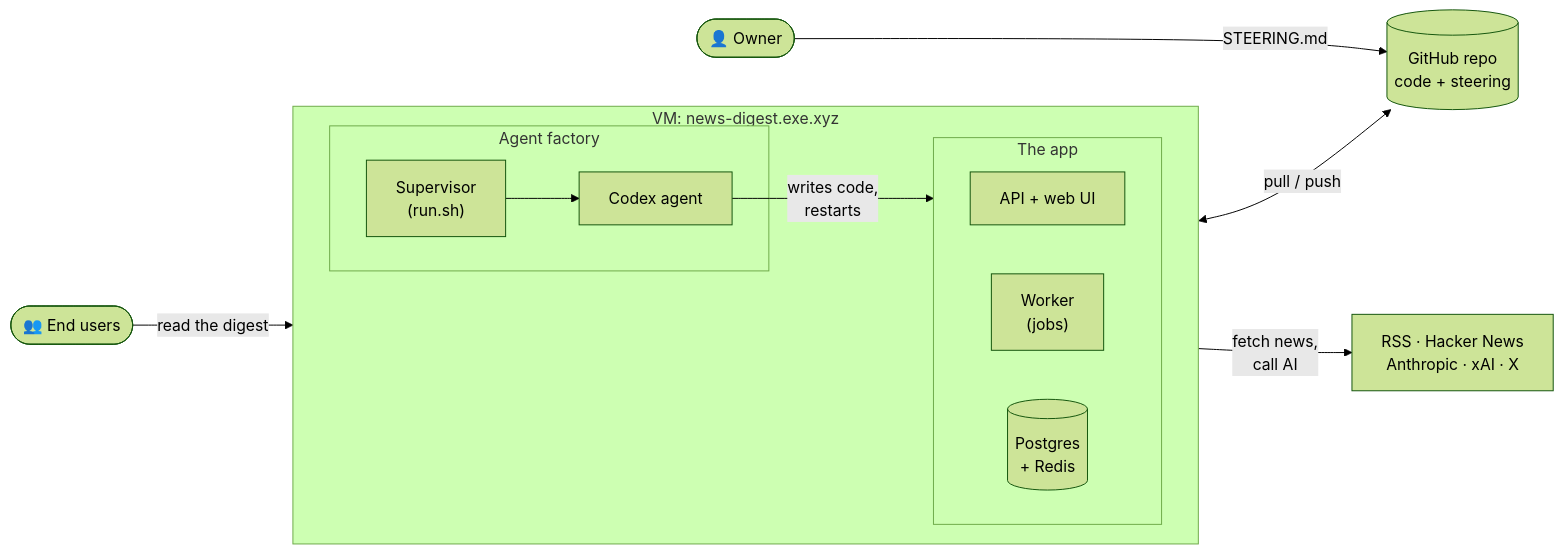
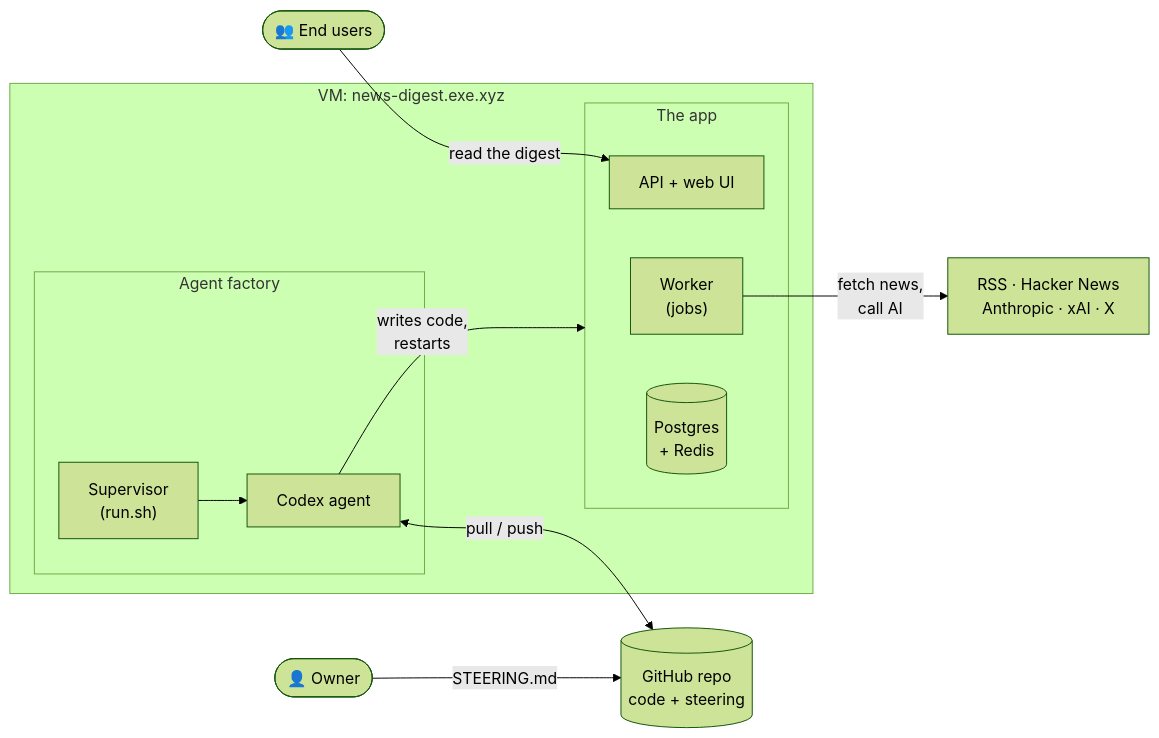
Before and after one commit to EmmadUsmani/news-digest: the diagram in docs/handbook/README.md, drawn with Mermaid (forest theme). The commit also changed 10 other files, not shown here.

First line of the commit message:
Handbook: audit and fix every diagram for overlaps and clarity

````diff
--- a/docs/handbook/README.md
+++ b/docs/handbook/README.md
@@ -10,22 +10,22 @@
 ```mermaid
 flowchart LR
-  owner(["👤 Owner"])
   reader(["👥 End users"])
   subgraph vm["VM: news-digest.exe.xyz"]
-    direction LR
-    subgraph factory["Agent factory"]
-      sup["Supervisor<br/>(run.sh)"] --> codex["Codex agent"]
-    end
     subgraph app["The app"]
       api["API + web UI"]
       worker["Worker<br/>(jobs)"]
       db[("Postgres<br/>+ Redis")]
     end
+    subgraph factory["Agent factory"]
+      sup["Supervisor<br/>(run.sh)"] --> codex["Codex agent"]
+    end
     codex -- "writes code,<br/>restarts" --> app
   end
+  ext["RSS · Hacker News<br/>Anthropic · xAI · X"]
   repo[("GitHub repo<br/>code + steering")]
+  owner(["👤 Owner"])
+  reader -- "read the digest" --> api
+  worker -- "fetch news,<br/>call AI" --> ext
+  codex <-- "pull / push" --> repo
   owner -- "STEERING.md" --> repo
-  codex <-- "pull / push" --> repo
-  reader -- "read the digest" --> api
-  worker -- "fetch news,<br/>call AI" --> ext["RSS · Hacker News<br/>Anthropic · xAI · X"]
 ```
````
